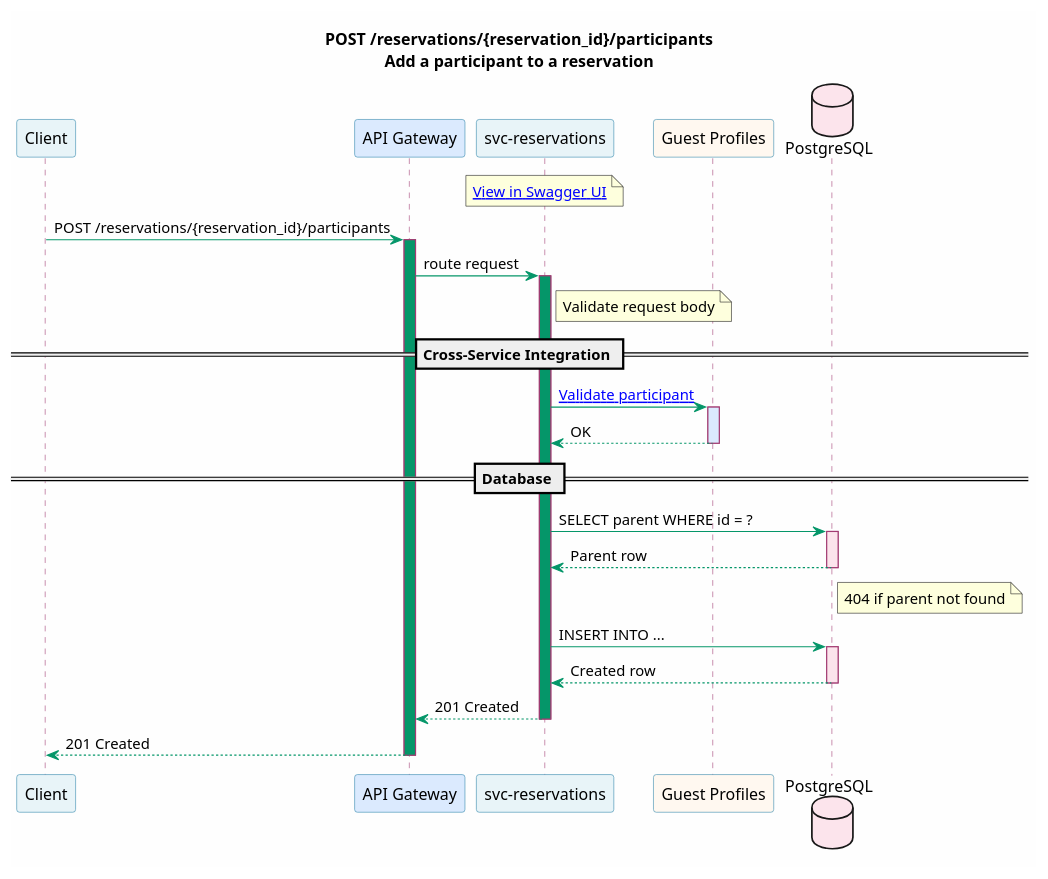
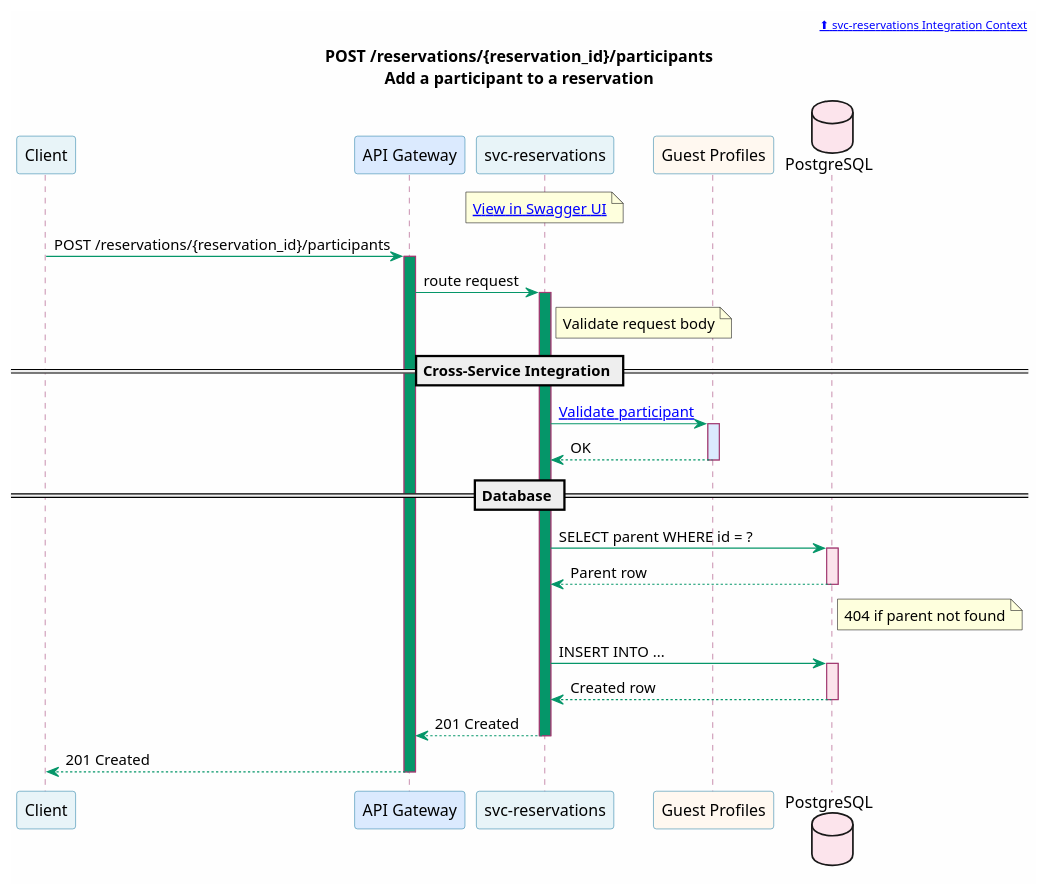
Before and after one commit to christopherblaisdell/continuous-architecture-platform-poc: the diagram in portal/site/microservices/puml/svc-reservations--post-reservations-reservation_id-participants.puml, drawn with PlantUML. The commit also changed 733 other files, not shown here.

First line of the commit message:
Deployed. Every diagram now has a clickable ⬆ parent breadcrumb in the header. The full navigation chain:

```diff
--- a/portal/site/microservices/puml/svc-reservations--post-reservations-reservation_id-participants.puml
+++ b/portal/site/microservices/puml/svc-reservations--post-reservations-reservation_id-participants.puml
@@ -1,61 +1,63 @@
 @startuml svc-reservations--post-reservations-reservation_id-participants
 
 skinparam backgroundColor #FEFEFE
 skinparam shadowing false
 skinparam defaultFontName "Segoe UI"
 skinparam sequence {
     ArrowColor #059669
     ParticipantBorderColor #2E86AB
     ParticipantBackgroundColor #E8F4F8
     LifeLineBorderColor #A23B72
     BoxBorderColor #F18F01
     BoxBackgroundColor #FFF8F0
     NoteBorderColor #c77b30
     NoteBackgroundColor #FEF3E7
 }
+
+header [[/microservices/svc-reservations/#integration-context ⬆ svc-reservations Integration Context]]
 
 title POST /reservations/{reservation_id}/participants\nAdd a participant to a reservation
 
 participant "Client" as Client
 participant "API Gateway" as GW #DBEAFE
 participant "svc-reservations" as Svc [[/microservices/svc-reservations/]] #E8F4F8
 participant "Guest Profiles" as GP [[/microservices/svc-guest-profiles/]] #FFF8F0
 database "PostgreSQL" as DB #FCE4EC
 
 note over Svc
   [[/services/api/svc-reservations.html#/Reservations/addParticipant View in Swagger UI]]
 end note
 
 Client -> GW : POST /reservations/{reservation_id}/participants
 activate GW #059669
 GW -> Svc : route request
 activate Svc #059669
 
 note right of Svc : Validate request body
 
 == Cross-Service Integration ==
 
 Svc -> GP : [[/microservices/svc-guest-profiles/#get-guestsguest_id-get-guest-profile Validate participant]]
 activate GP #DBEAFE
 GP --> Svc : OK
 deactivate GP
 
 == Database ==
 
 Svc -> DB : SELECT parent WHERE id = ?
 activate DB #FCE4EC
 DB --> Svc : Parent row
 deactivate DB
 note right of DB : 404 if parent not found
 
 Svc -> DB : INSERT INTO ...
 activate DB #FCE4EC
 DB --> Svc : Created row
 deactivate DB
 
 Svc --> GW : 201 Created
 deactivate Svc
 GW --> Client : 201 Created
 deactivate GW
 
 @enduml
```
